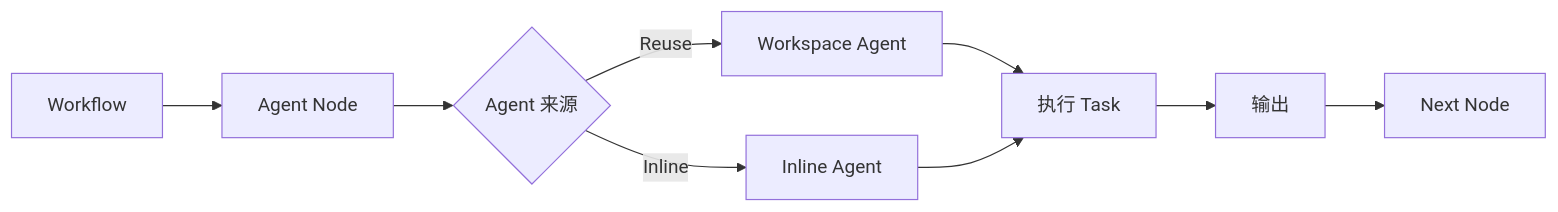
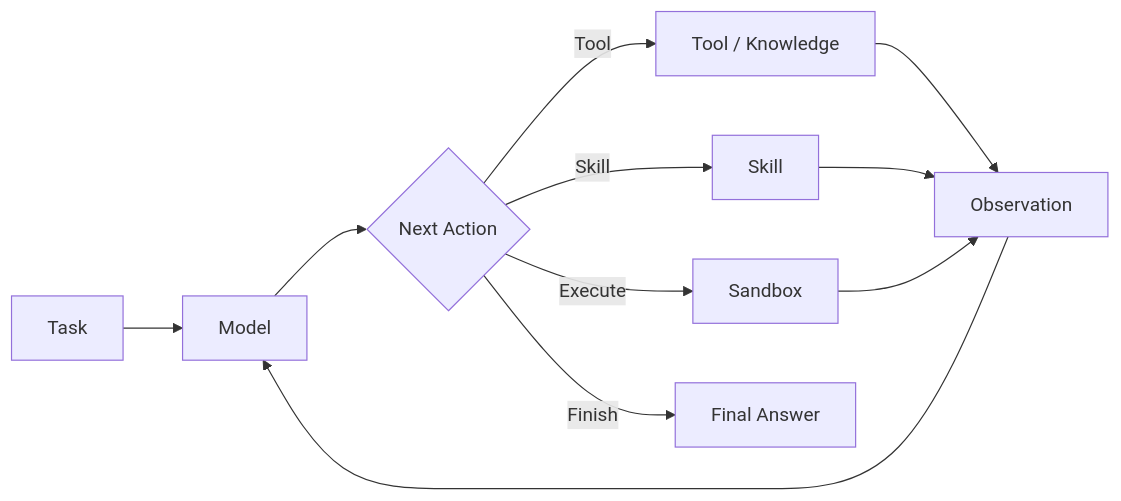
Before and after one commit to sgfd-ui/internship: the ninth of 10 diagrams in weekly-report/dify-1.17-core-capabilities-research.md, drawn with Mermaid. The commit also changed other lines of this file, not shown here.

````diff
--- a/weekly-report/dify-1.17-core-capabilities-research.md
+++ b/weekly-report/dify-1.17-core-capabilities-research.md
@@ -183,11 +295,13 @@
 ```mermaid
 flowchart LR
-    A[Workflow] --> B[Agent Node]
-    B --> C{Agent 来源}
-    C -->|Reuse| D[Workspace Agent]
-    C -->|Inline| E[Inline Agent]
-    D --> F[执行 Task]
-    E --> F
-    F --> G[输出]
-    G --> H[Next Node]
+    A[Task] --> B[Model]
+    B --> C{Next Action}
+    C -->|Tool| D[Tool / Knowledge]
+    C -->|Skill| E[Skill]
+    C -->|Execute| F[Sandbox]
+    D --> G[Observation]
+    E --> G
+    F --> G
+    G --> B
+    C -->|Finish| H[Final Answer]
 ```
````
